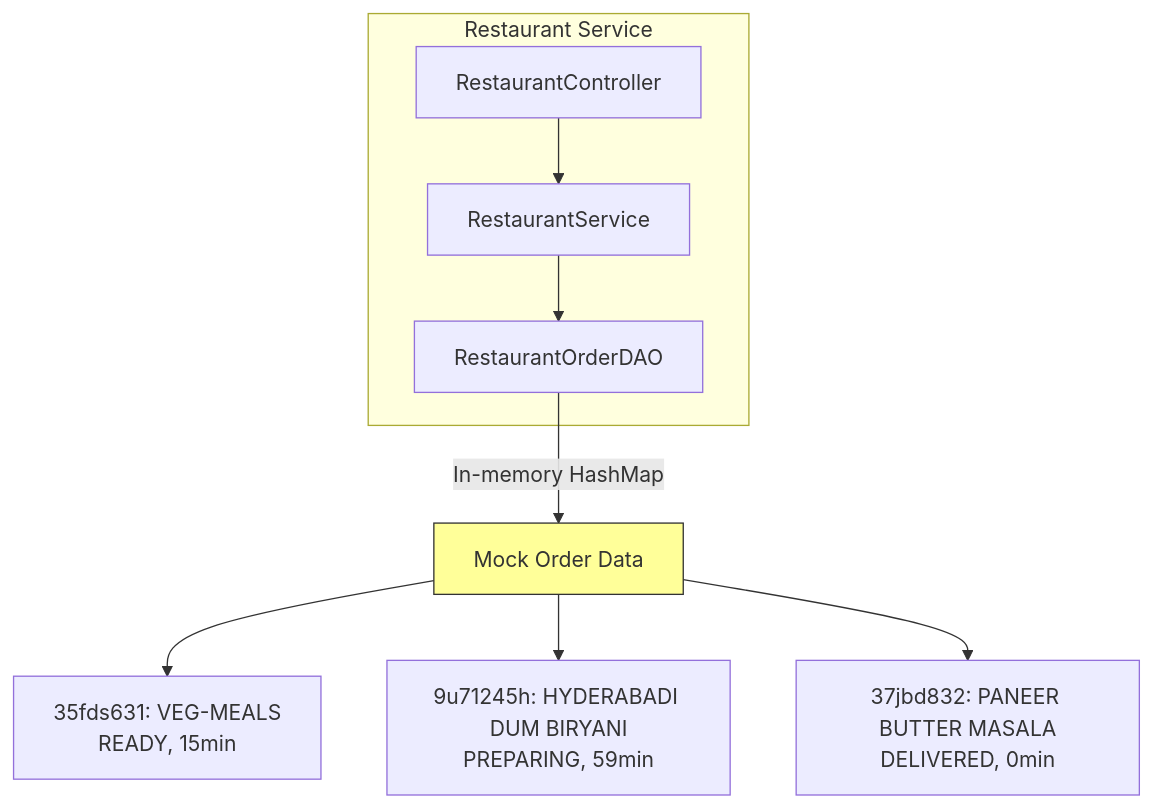
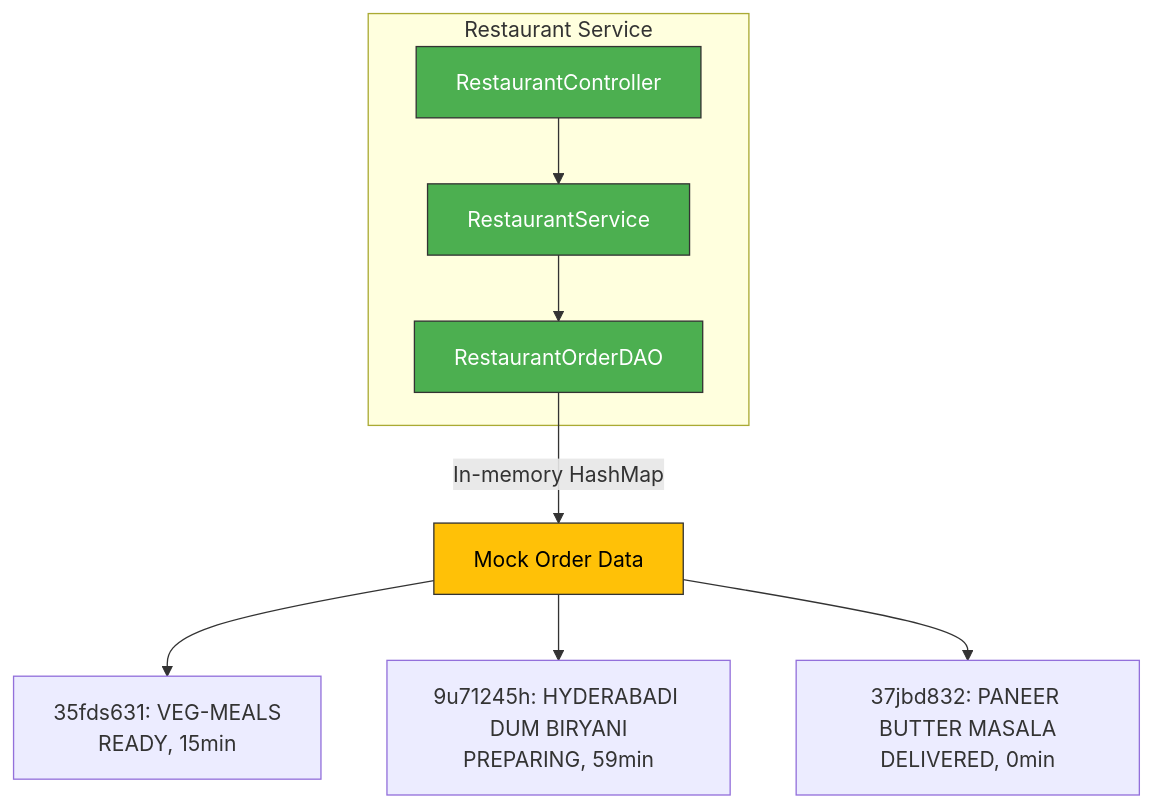
Before and after one commit to sawmikcuet19/auth-microservices: the sixth of 11 diagrams in README.md, drawn with Mermaid. The commit also changed other lines of this file, not shown here.

First line of the commit message:
Fix README mermaid diagram colors for better readability

````diff
--- a/README.md
+++ b/README.md
@@ -218,15 +240,18 @@
 ```mermaid
 graph TD
     subgraph Restaurant Service
         C[RestaurantController] --> S[RestaurantService]
         S --> D[RestaurantOrderDAO]
     end
 
     D -->|In-memory HashMap| M[Mock Order Data]
 
     M --> O1["35fds631: VEG-MEALS<br/>READY, 15min"]
     M --> O2["9u71245h: HYDERABADI DUM BIRYANI<br/>PREPARING, 59min"]
     M --> O3["37jbd832: PANEER BUTTER MASALA<br/>DELIVERED, 0min"]
 
-    style M fill:#ff9,stroke:#333
+    style M fill:#FFC107,stroke:#333,color:#000
+    style D fill:#4CAF50,stroke:#333,color:#fff
+    style S fill:#4CAF50,stroke:#333,color:#fff
+    style C fill:#4CAF50,stroke:#333,color:#fff
 ```
````
